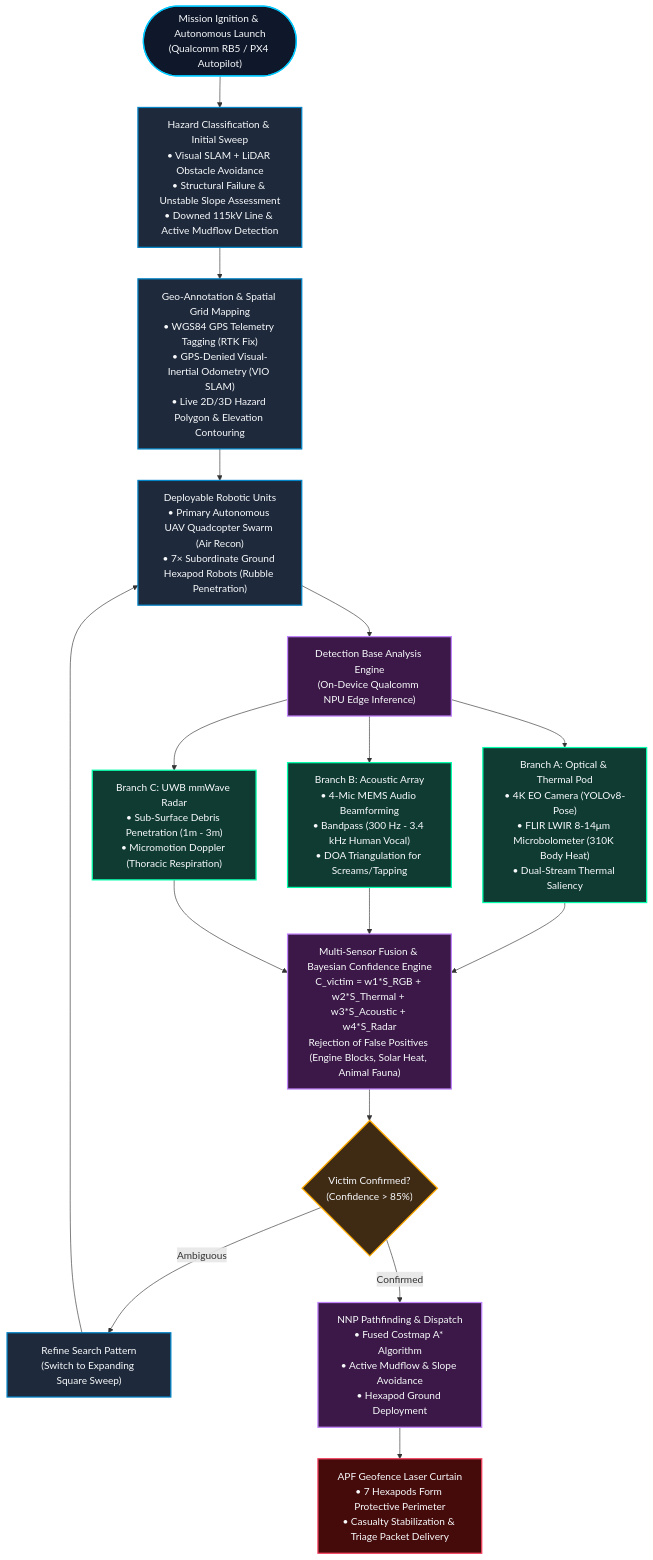
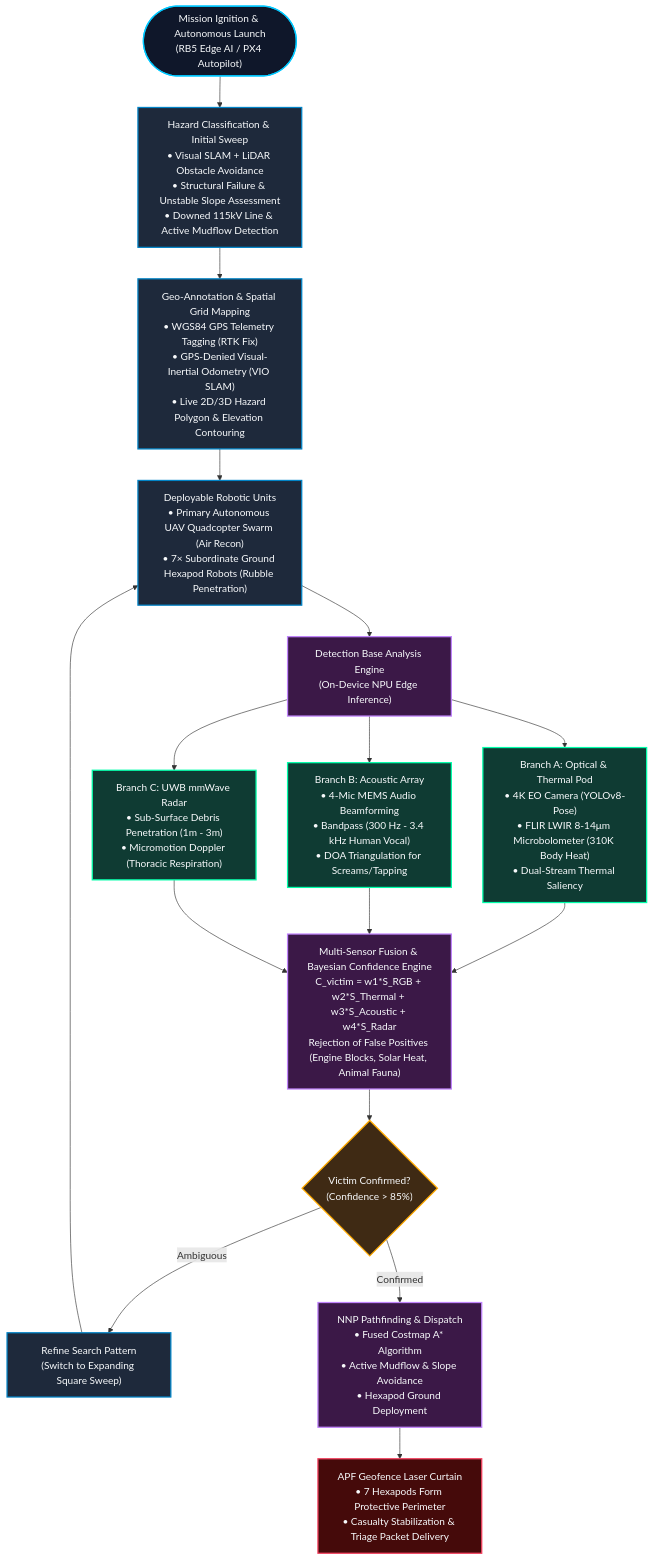
One commit to Dakshankarthic/nnp changed the diagram in README.md. Above: the diagram before and after it, drawn with Mermaid. The commit also changed other lines of this file, not shown here.

````diff
--- a/README.md
+++ b/README.md
@@ -117,45 +116,45 @@
 ```mermaid
 flowchart TD
     classDef startEnd fill:#0f172a,stroke:#00c8ff,stroke-width:2px,color:#f8fafc;
     classDef process fill:#1e293b,stroke:#0284c7,stroke-width:2px,color:#f8fafc;
     classDef sensor fill:#0f3b33,stroke:#00ffaa,stroke-width:2px,color:#f8fafc;
     classDef ai fill:#3b1847,stroke:#c084fc,stroke-width:2px,color:#f8fafc;
     classDef decision fill:#3f2a14,stroke:#ffaa00,stroke-width:2px,color:#f8fafc;
     classDef output fill:#450a0a,stroke:#f43f5e,stroke-width:2px,color:#f8fafc;
 
-    START(["Mission Ignition & Autonomous Launch\n(Qualcomm RB5 / PX4 Autopilot)"]):::startEnd
+    START(["Mission Ignition & Autonomous Launch\n(RB5 Edge AI / PX4 Autopilot)"]):::startEnd
     HAZARD_SCAN["Hazard Classification & Initial Sweep\n• Visual SLAM + LiDAR Obstacle Avoidance\n• Structural Failure & Unstable Slope Assessment\n• Downed 115kV Line & Active Mudflow Detection"]:::process
     START --> HAZARD_SCAN
 
     GEO_MAP["Geo-Annotation & Spatial Grid Mapping\n• WGS84 GPS Telemetry Tagging (RTK Fix)\n• GPS-Denied Visual-Inertial Odometry (VIO SLAM)\n• Live 2D/3D Hazard Polygon & Elevation Contouring"]:::process
     HAZARD_SCAN --> GEO_MAP
 
     DEPLOY["Deployable Robotic Units\n• Primary Autonomous UAV Quadcopter Swarm (Air Recon)\n• 7× Subordinate Ground Hexapod Robots (Rubble Penetration)"]:::process
     GEO_MAP --> DEPLOY
 
-    DETECTION_BASE["Detection Base Analysis Engine\n(On-Device Qualcomm NPU Edge Inference)"]:::ai
+    DETECTION_BASE["Detection Base Analysis Engine\n(On-Device NPU Edge Inference)"]:::ai
     DEPLOY --> DETECTION_BASE
 
     SENS_OPT["Branch A: Optical & Thermal Pod\n• 4K EO Camera (YOLOv8-Pose)\n• FLIR LWIR 8-14μm Microbolometer (310K Body Heat)\n• Dual-Stream Thermal Saliency"]:::sensor
     SENS_ACOUSTIC["Branch B: Acoustic Array\n• 4-Mic MEMS Audio Beamforming\n• Bandpass (300 Hz - 3.4 kHz Human Vocal)\n• DOA Triangulation for Screams/Tapping"]:::sensor
     SENS_RADAR["Branch C: UWB mmWave Radar\n• Sub-Surface Debris Penetration (1m - 3m)\n• Micromotion Doppler (Thoracic Respiration)"]:::sensor
 
     DETECTION_BASE --> SENS_OPT
     DETECTION_BASE --> SENS_ACOUSTIC
     DETECTION_BASE --> SENS_RADAR
 
     FUSION_NODE["Multi-Sensor Fusion & Bayesian Confidence Engine\nC_victim = w1*S_RGB + w2*S_Thermal + w3*S_Acoustic + w4*S_Radar\nRejection of False Positives (Engine Blocks, Solar Heat, Animal Fauna)"]:::ai
     SENS_OPT --> FUSION_NODE
     SENS_ACOUSTIC --> FUSION_NODE
     SENS_RADAR --> FUSION_NODE
 
     CONF_CHECK{"Victim Confirmed?\n(Confidence > 85%)"}:::decision
     FUSION_NODE --> CONF_CHECK
 
     CONF_CHECK -- "Ambiguous" --> RESCAN["Refine Search Pattern\n(Switch to Expanding Square Sweep)"]:::process
     RESCAN --> DEPLOY
 
     CONF_CHECK -- "Confirmed" --> NNP_PATH["NNP Pathfinding & Dispatch\n• Fused Costmap A* Algorithm\n• Active Mudflow & Slope Avoidance\n• Hexapod Ground Deployment"]:::ai
 
     NNP_PATH --> GEOFENCE["APF Geofence Laser Curtain\n• 7 Hexapods Form Protective Perimeter\n• Casualty Stabilization & Triage Packet Delivery"]:::output
 ```
````
